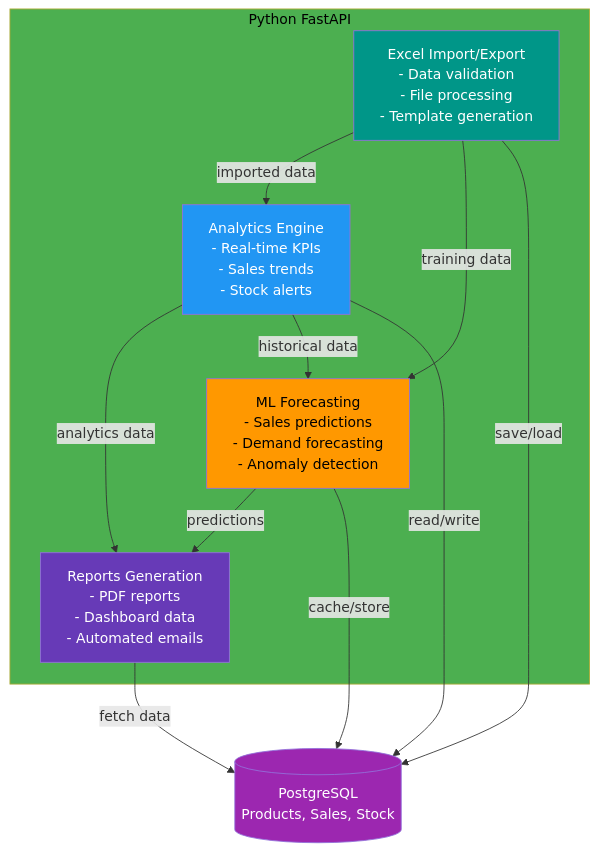
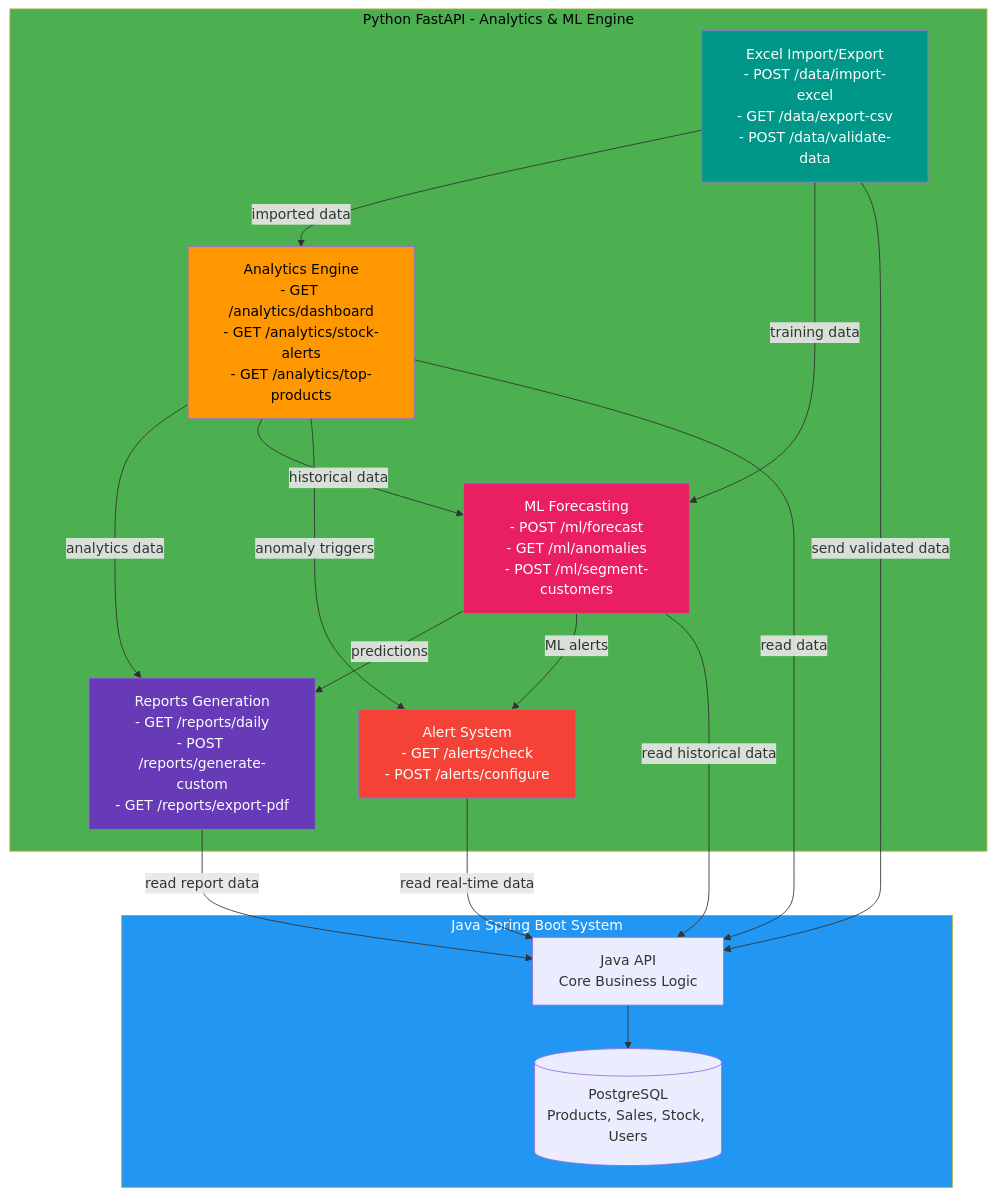
Before and after one commit to rado4002/-SalesFlow-Lite: the first of 7 diagrams in backend-python/docs/SOFTWAREE DESIGN.md, drawn with Mermaid. The commit also changed other lines of this file, not shown here.

````diff
--- a/backend-python/docs/SOFTWAREE DESIGN.md
+++ b/backend-python/docs/SOFTWAREE DESIGN.md
@@ -1,31 +1,43 @@
 ```mermaid
 graph TD
     %% ==================== COUCHE API FASTAPI ====================
-    subgraph FastAPI[Python FastAPI]
-        A1[Analytics Engine<br/>- Real-time KPIs<br/>- Sales trends<br/>- Stock alerts]
-        A2[ML Forecasting<br/>- Sales predictions<br/>- Demand forecasting<br/>- Anomaly detection]
-        A3[Excel Import/Export<br/>- Data validation<br/>- File processing<br/>- Template generation]
-        A4[Reports Generation<br/>- PDF reports<br/>- Dashboard data<br/>- Automated emails]
+    subgraph FastAPI[Python FastAPI - Analytics & ML Engine]
+        A1[Analytics Engine<br/>- GET /analytics/dashboard<br/>- GET /analytics/stock-alerts<br/>- GET /analytics/top-products]
+        A2[ML Forecasting<br/>- POST /ml/forecast<br/>- GET /ml/anomalies<br/>- POST /ml/segment-customers]
+        A3[Excel Import/Export<br/>- POST /data/import-excel<br/>- GET /data/export-csv<br/>- POST /data/validate-data]
+        A4[Reports Generation<br/>- GET /reports/daily<br/>- POST /reports/generate-custom<br/>- GET /reports/export-pdf]
+        A5[Alert System<br/>- GET /alerts/check<br/>- POST /alerts/configure]
     end
 
     %% ==================== CONNECTIONS INTERNES ====================
     A3 -->|imported data| A1
     A3 -->|training data| A2
     A1 -->|analytics data| A4
     A2 -->|predictions| A4
     A1 -->|historical data| A2
+    A1 -->|anomaly triggers| A5
+    A2 -->|ML alerts| A5
 
     %% ==================== CONNECTIONS EXTERNES ====================
-    A1 -->|read/write| DB[(PostgreSQL<br/>Products, Sales, Stock)]
-    A2 -->|cache/store| DB
-    A3 -->|save/load| DB
-    A4 -->|fetch data| DB
+    subgraph JavaSystem[Java Spring Boot System]
+        J[Java API<br/>Core Business Logic]
+        DB[(PostgreSQL<br/>Products, Sales, Stock, Users)]
+    end
+    
+    J --> DB
+    
+    A1 -->|read data| J
+    A2 -->|read historical data| J
+    A3 -->|send validated data| J
+    A4 -->|read report data| J
+    A5 -->|read real-time data| J
 
     %% ==================== STYLES ====================
     style FastAPI fill:#4caf50,color:black
-    style DB fill:#9c27b0,color:white
-    style A1 fill:#2196f3,color:white
-    style A2 fill:#ff9800,color:black
+    style JavaSystem fill:#2196f3,color:white
+    style A1 fill:#ff9800,color:black
+    style A2 fill:#e91e63,color:white
     style A3 fill:#009688,color:white
     style A4 fill:#673ab7,color:white
-```
+    style A5 fill:#f44336,color:white
+``` 
````
